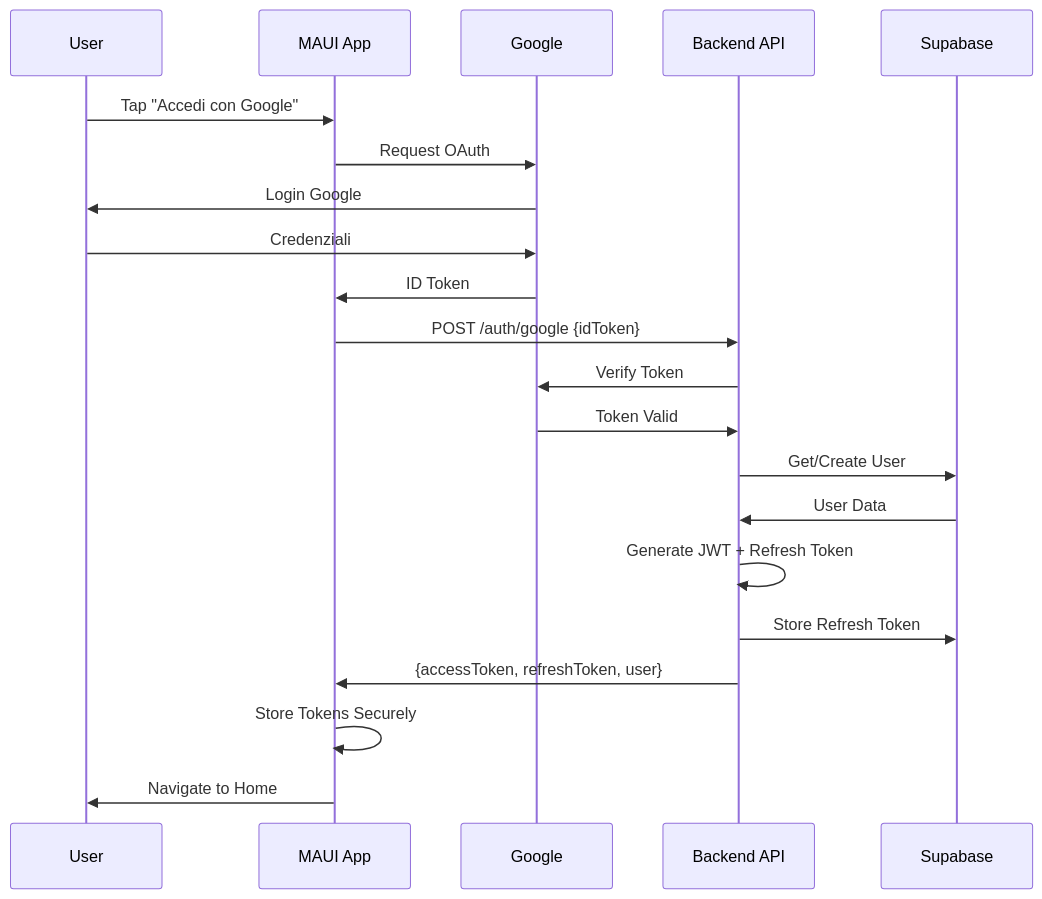
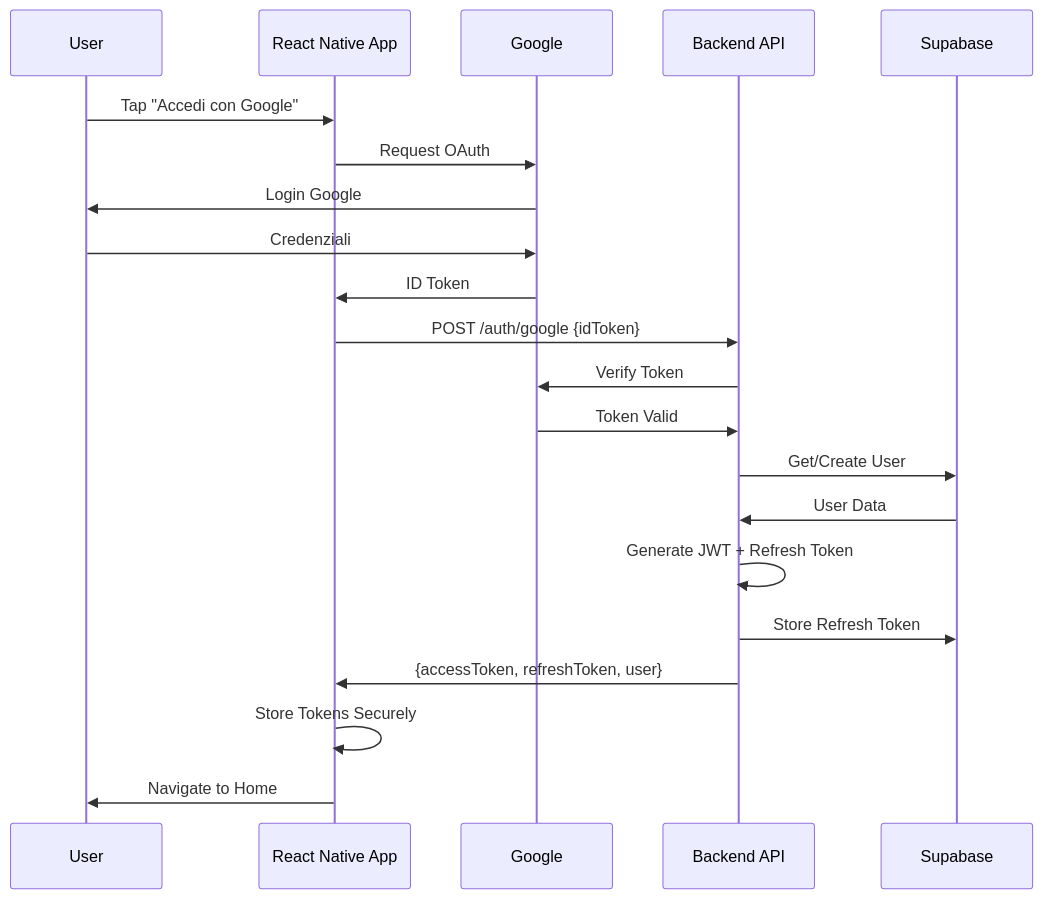
Before and after one commit to 20031781/Shared-Expense-Management-App: the second of 7 diagrams in ARCHITECTURE.md, drawn with Mermaid. The commit also changed other lines of this file and 11 other files, not shown here.

````diff
--- a/ARCHITECTURE.md
+++ b/ARCHITECTURE.md
@@ -47,24 +47,24 @@
 ```mermaid
 sequenceDiagram
     participant User
-    participant App as MAUI App
+    participant App as React Native App
     participant Google
     participant API as Backend API
     participant DB as Supabase
 
     User->>App: Tap "Accedi con Google"
     App->>Google: Request OAuth
     Google->>User: Login Google
     User->>Google: Credenziali
     Google->>App: ID Token
     App->>API: POST /auth/google {idToken}
     API->>Google: Verify Token
     Google->>API: Token Valid
     API->>DB: Get/Create User
     DB->>API: User Data
     API->>API: Generate JWT + Refresh Token
     API->>DB: Store Refresh Token
     API->>App: {accessToken, refreshToken, user}
     App->>App: Store Tokens Securely
     App->>User: Navigate to Home
 ```
````
